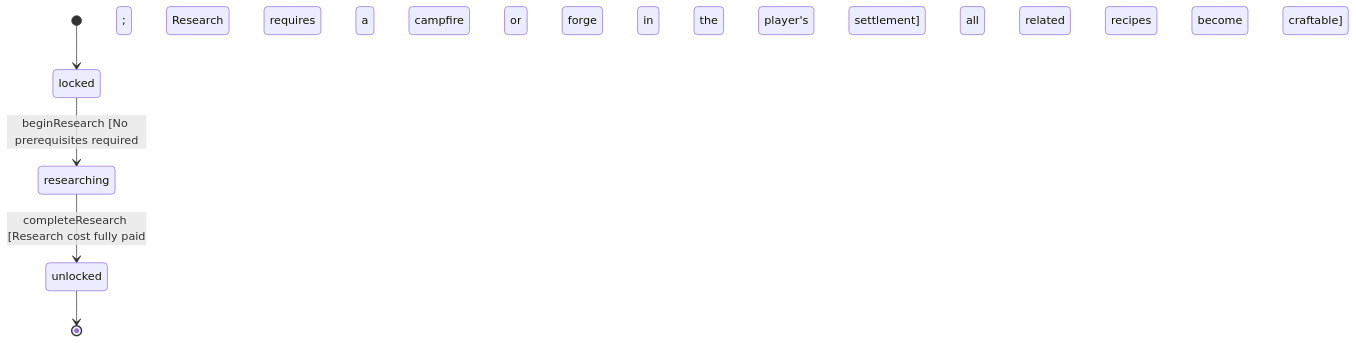
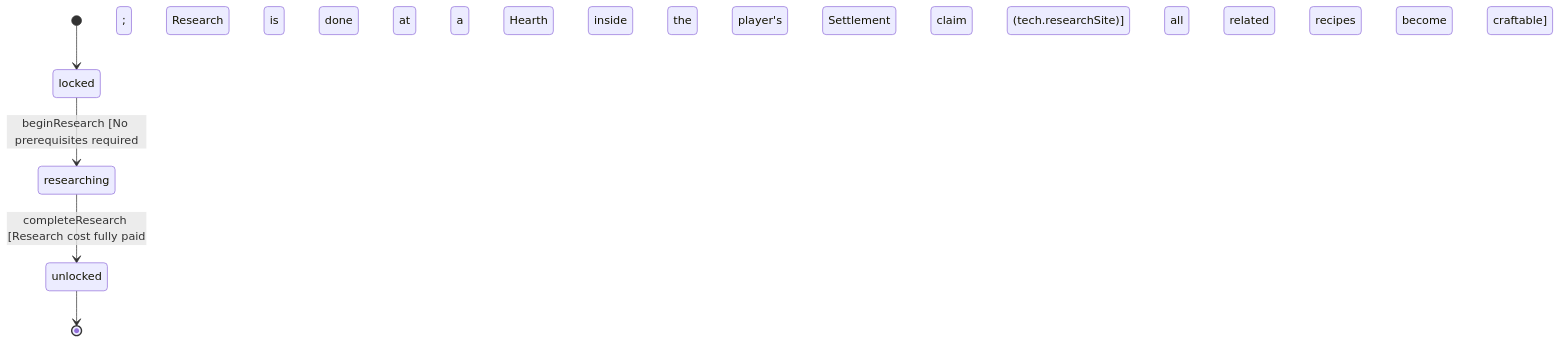
Before and after one commit to Tubaleviao/project-nihon: the diagram in wiki/entities/techbasicsmithing.md, drawn with Mermaid. The commit also changed other lines of this file and 46 other files, not shown here.

Commit message:
feat(fabric): settlements, hearth, stockpile and claim rules (Phase 139)

````diff
--- a/wiki/entities/techbasicsmithing.md
+++ b/wiki/entities/techbasicsmithing.md
@@ -33,7 +34,7 @@
 ```mermaid
 stateDiagram-v2
   [*] --> locked
-  locked --> researching : beginResearch [No prerequisites required; Research requires a campfire or forge in the player's settlement]
+  locked --> researching : beginResearch [No prerequisites required; Research is done at a Hearth inside the player's Settlement claim (tech.researchSite)]
   researching --> unlocked : completeResearch [Research cost fully paid; all related recipes become craftable]
   unlocked --> [*]
 ```
````
